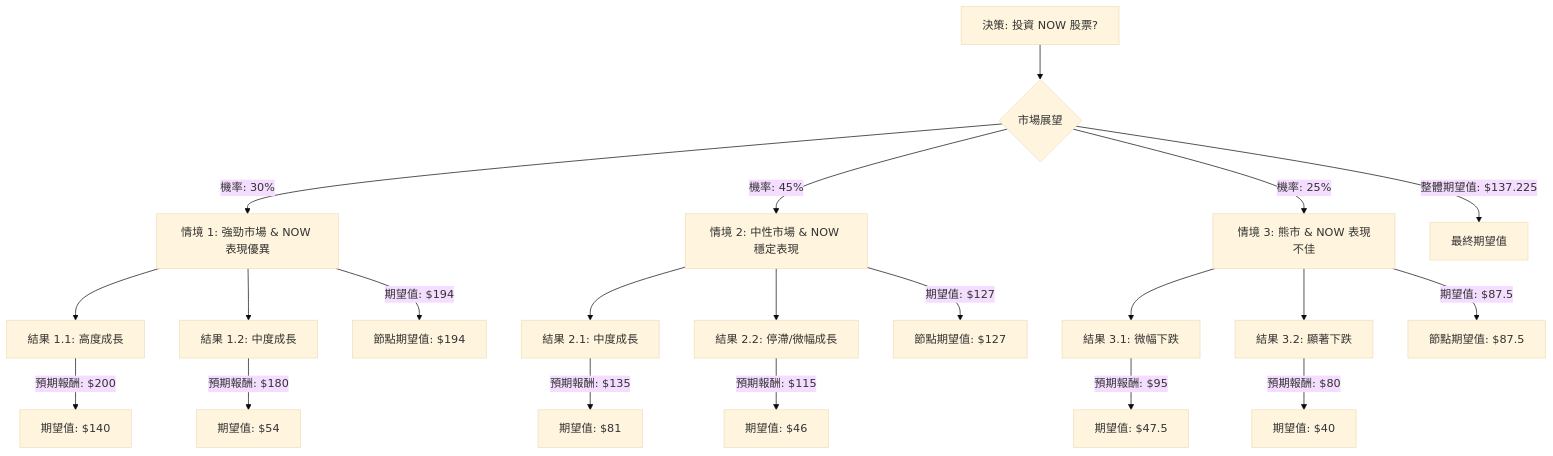
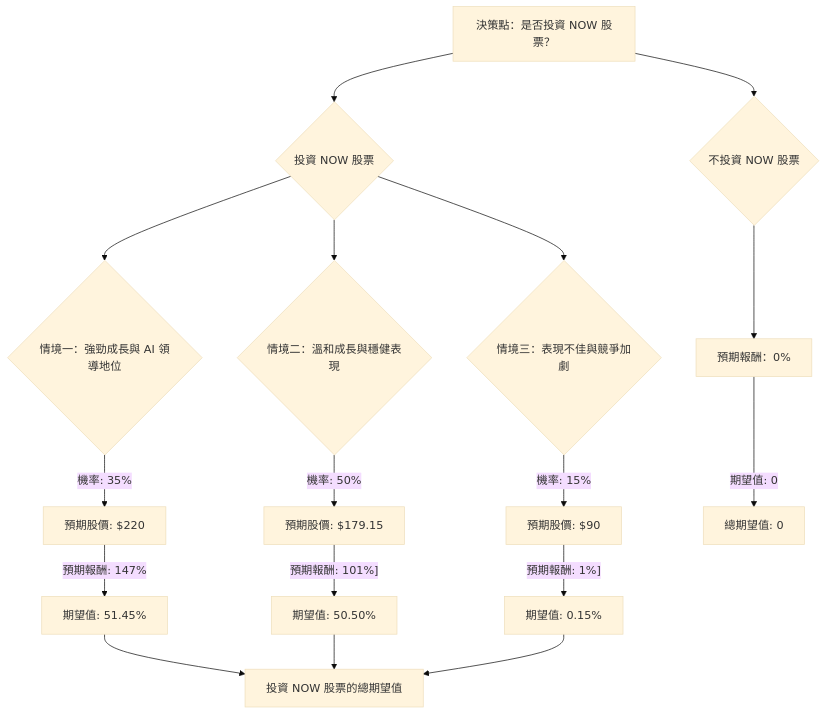
One commit to zmcx16/zmcx16.github.io changed the diagram in plugin-react/ai-analysis/ev-analysis/NOW.md. Above: the diagram before and after it, drawn with Mermaid (base theme). The commit also changed other lines of this file and 80 other files, not shown here.

````diff
--- a/plugin-react/ai-analysis/ev-analysis/NOW.md
+++ b/plugin-react/ai-analysis/ev-analysis/NOW.md
@@ -63,27 +29,24 @@
 ```mermaid
 graph TD
-    A[決策: 投資 NOW 股票?] --> B{市場展望};
+    A[決策點：是否投資 NOW 股票？] --> B{投資 NOW 股票}
+    A --> C{不投資 NOW 股票}
 
-    B --> |機率: 30%| C[情境 1: 強勁市場 & NOW 表現優異];
-    C --> C1[結果 1.1: 高度成長];
-    C1 -- 預期報酬: $200 --> C1_EV[期望值: $140];
-    C --> C2[結果 1.2: 中度成長];
-    C2 -- 預期報酬: $180 --> C2_EV[期望值: $54];
-    C -- 期望值: $194 --> C_EV[節點期望值: $194];
+    B --> D{情境一：強勁成長與 AI 領導地位}
+    B --> E{情境二：溫和成長與穩健表現}
+    B --> F{情境三：表現不佳與競爭加劇}
 
-    B --> |機率: 45%| D[情境 2: 中性市場 & NOW 穩定表現];
-    D --> D1[結果 2.1: 中度成長];
-    D1 -- 預期報酬: $135 --> D1_EV[期望值: $81];
-    D --> D2[結果 2.2: 停滯/微幅成長];
-    D2 -- 預期報酬: $115 --> D2_EV[期望值: $46];
-    D -- 期望值: $127 --> D_EV[節點期望值: $127];
+    C --> G[預期報酬：0%]
 
-    B --> |機率: 25%| E[情境 3: 熊市 & NOW 表現不佳];
-    E --> E1[結果 3.1: 微幅下跌];
-    E1 -- 預期報酬: $95 --> E1_EV[期望值: $47.5];
-    E --> E2[結果 3.2: 顯著下跌];
-    E2 -- 預期報酬: $80 --> E2_EV[期望值: $40];
-    E -- 期望值: $87.5 --> E_EV[節點期望值: $87.5];
+    D -- 機率: 35% --> D1[預期股價: $220]
+    D1 -- 預期報酬: 147% --> D2[期望值: 51.45%]
 
-    B -- 整體期望值: $137.225 --> F[最終期望值];
+    E -- 機率: 50% --> E1[預期股價: $179.15]
+    E1 -- 預期報酬: 101%] --> E2[期望值: 50.50%]
+
+    F -- 機率: 15% --> F1[預期股價: $90]
+    F1 -- 預期報酬: 1%] --> F2[期望值: 0.15%]
+
+    G -- 期望值: 0 --> G1[總期望值: 0]
+
+    D2 & E2 & F2 --> H[投資 NOW 股票的總期望值]
 ```
````
